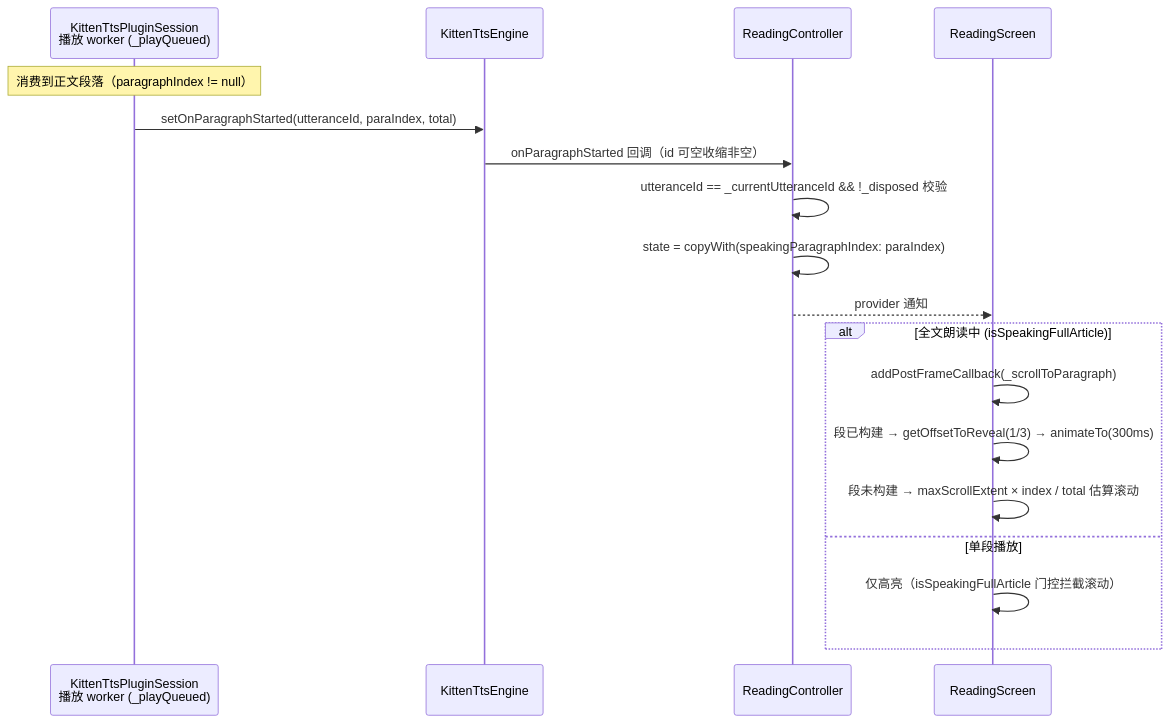
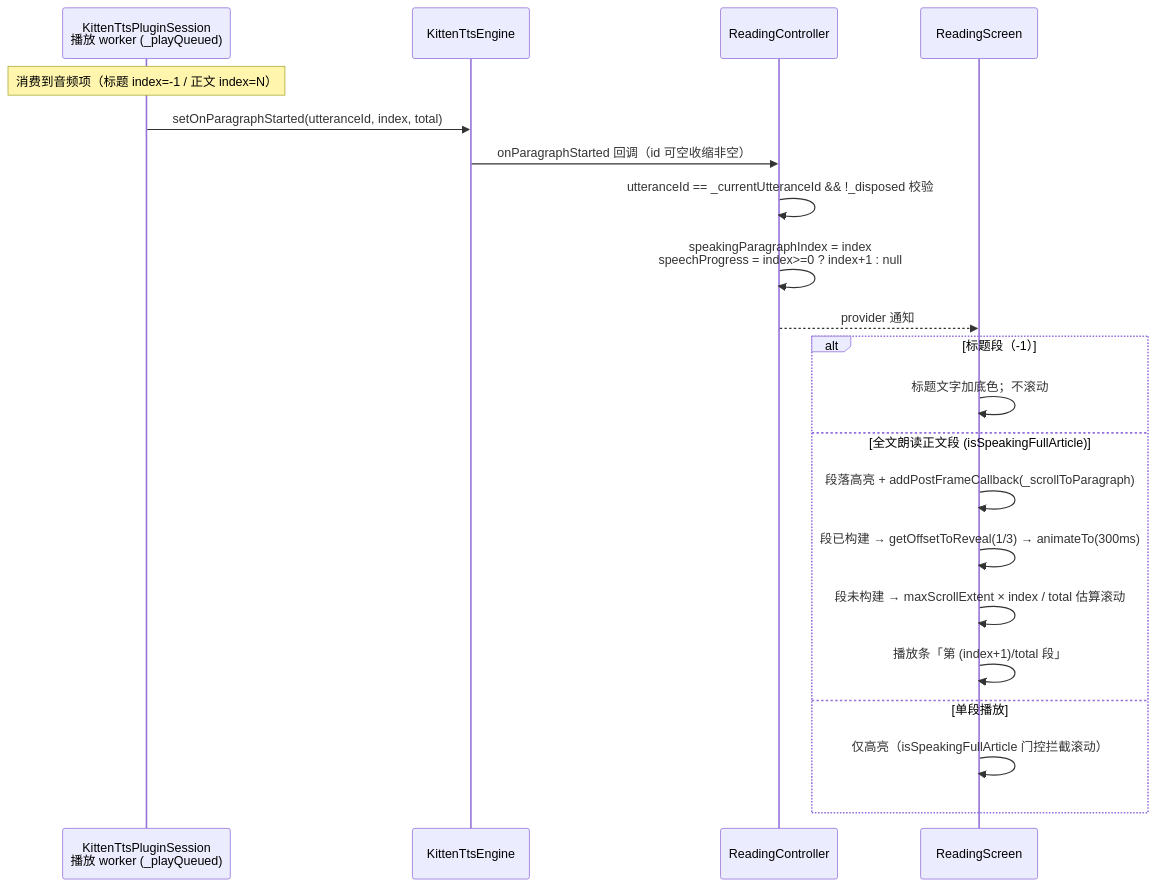
One commit to kindywu/contexta changed the diagram in impl/app/flutter/docs/reading-paragraph-highlight.md. Above: the diagram before and after it, drawn with Mermaid. The commit also changed other lines of this file and 8 other files, not shown here.

````diff
--- a/impl/app/flutter/docs/reading-paragraph-highlight.md
+++ b/impl/app/flutter/docs/reading-paragraph-highlight.md
@@ -28,21 +30,24 @@
 ```mermaid
 sequenceDiagram
     participant PW as KittenTtsPluginSession<br/>播放 worker (_playQueued)
     participant SE as KittenTtsEngine
     participant RC as ReadingController
     participant UI as ReadingScreen
 
-    Note over PW: 消费到正文段落（paragraphIndex != null）
-    PW->>SE: setOnParagraphStarted(utteranceId, paraIndex, total)
+    Note over PW: 消费到音频项（标题 index=-1 / 正文 index=N）
+    PW->>SE: setOnParagraphStarted(utteranceId, index, total)
     SE->>RC: onParagraphStarted 回调（id 可空收缩非空）
     RC->>RC: utteranceId == _currentUtteranceId && !_disposed 校验
-    RC->>RC: state = copyWith(speakingParagraphIndex: paraIndex)
+    RC->>RC: speakingParagraphIndex = index<br/>speechProgress = index>=0 ? index+1 : null
     RC-->>UI: provider 通知
-    alt 全文朗读中 (isSpeakingFullArticle)
-        UI->>UI: addPostFrameCallback(_scrollToParagraph)
+    alt 标题段（-1）
+        UI->>UI: 标题文字加底色；不滚动
+    else 全文朗读正文段 (isSpeakingFullArticle)
+        UI->>UI: 段落高亮 + addPostFrameCallback(_scrollToParagraph)
         UI->>UI: 段已构建 → getOffsetToReveal(1/3) → animateTo(300ms)
         UI->>UI: 段未构建 → maxScrollExtent × index / total 估算滚动
+        UI->>UI: 播放条「第 (index+1)/total 段」
     else 单段播放
         UI->>UI: 仅高亮（isSpeakingFullArticle 门控拦截滚动）
     end
 ```
````
